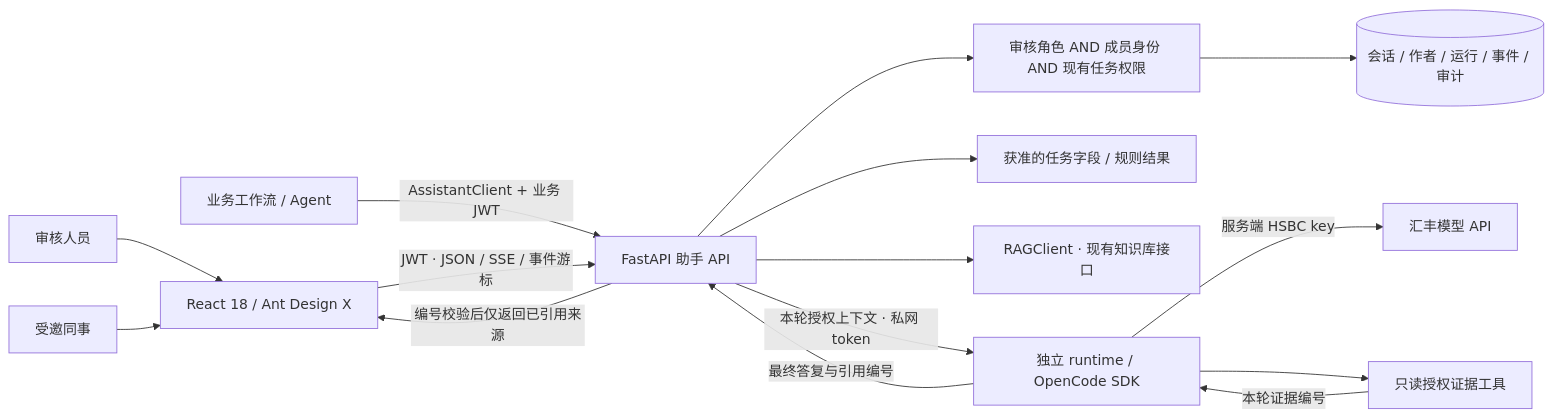
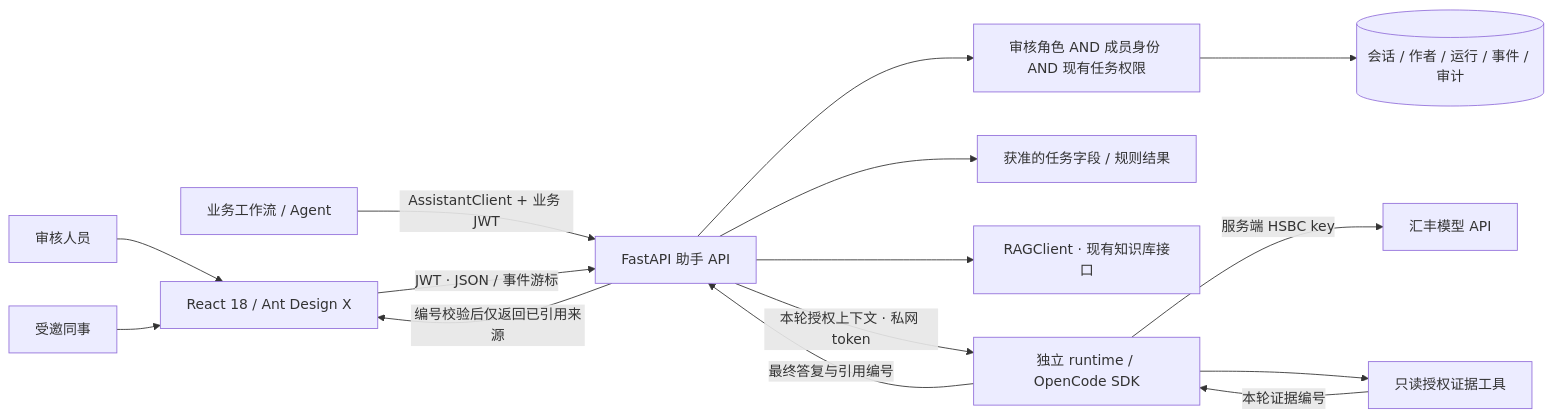
Before and after one commit to HBCN-AI-Campaign/HBCN-AI-Campaign-Team8: the first of 3 diagrams in docs/ai-assistant/README.md, drawn with Mermaid. The commit also changed other lines of this file and 2 other files, not shown here.

```diff
--- a/docs/ai-assistant/README.md
+++ b/docs/ai-assistant/README.md
@@ -26,17 +26,17 @@
 ~~~mermaid
 flowchart LR
   R[审核人员] --> UI[React 18 / Ant Design X]
   E[受邀同事] --> UI
   W[业务工作流 / Agent] -->|AssistantClient + 业务 JWT| API
-  UI -->|JWT · JSON / SSE / 事件游标| API[FastAPI 助手 API]
+  UI -->|JWT · JSON / 事件游标| API[FastAPI 助手 API]
   API --> ACL[审核角色 AND 成员身份 AND 现有任务权限]
   ACL --> DB[(会话 / 作者 / 运行 / 事件 / 审计)]
   API --> TASK[获准的任务字段 / 规则结果]
   API --> RAG[RAGClient · 现有知识库接口]
   API -->|本轮授权上下文 · 私网 token| RT[独立 runtime / OpenCode SDK]
   RT -->|服务端 HSBC key| HSBC[汇丰模型 API]
   RT --> TOOL[只读授权证据工具]
   TOOL -->|本轮证据编号| RT
   RT -->|最终答复与引用编号| API
   API -->|编号校验后仅返回已引用来源| UI
 ~~~
```
